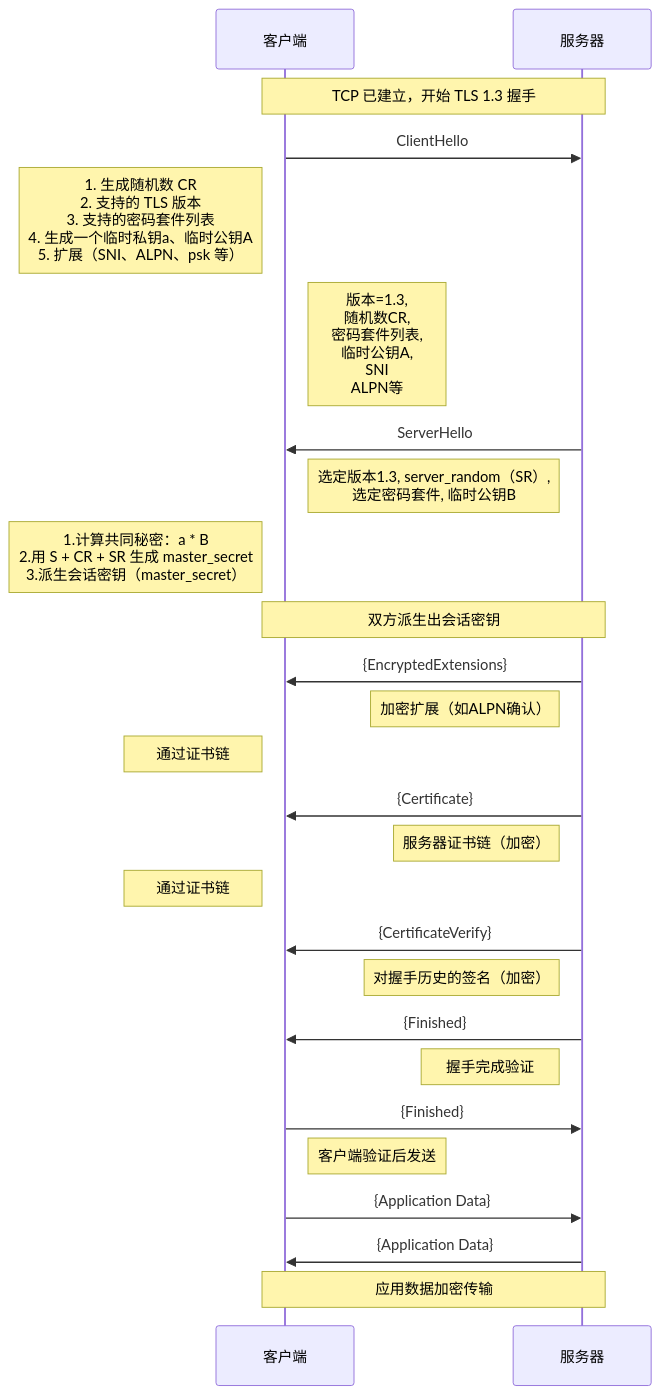
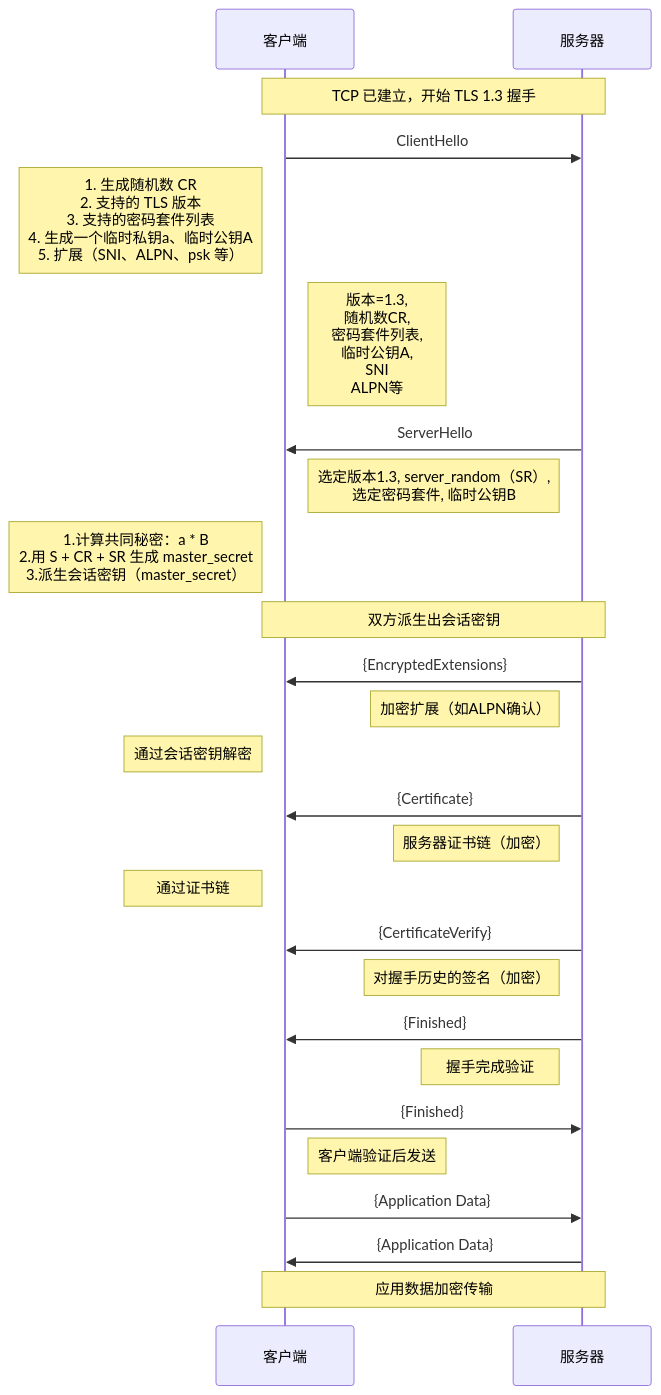
The diagram in all/TLS-1.3-通用.md (HY-10-8/iodraw-files), drawn with Mermaid before and after one commit.

Commit message:
2026-03-30 18:03:41 update

````diff
--- a/all/TLS-1.3-通用.md
+++ b/all/TLS-1.3-通用.md
@@ -1,38 +1,38 @@
 ```mermaid
 sequenceDiagram
     participant C as 客户端
     participant S as 服务器
 
     Note over C,S: TCP 已建立，开始 TLS 1.3 握手
 
     C->>S: ClientHello
     Note left of C: 1. 生成随机数 CR<br/> 2. 支持的 TLS 版本<br/> 3. 支持的密码套件列表<br/> 4. 生成一个临时私钥a、临时公钥A<br/> 5. 扩展（SNI、ALPN、psk 等）
     Note right of C: 版本=1.3,<br/> 随机数CR,<br/> 密码套件列表,<br/> 临时公钥A,<br/> SNI<br/> ALPN等
 
     S->>C: ServerHello
     Note left of S: 选定版本1.3, server_random（SR）,<br/> 选定密码套件, 临时公钥B
     Note left of C: 1.计算共同秘密：a * B<br/> 2.用 S + CR + SR 生成 master_secret<br/> 3.派生会话密钥（master_secret）
 
     Note over C,S: 双方派生出会话密钥
 
     S->>C: {EncryptedExtensions}
     Note left of S: 加密扩展（如ALPN确认）
-    Note left of C: 通过证书链
+    Note left of C: 通过会话密钥解密
 
     S->>C: {Certificate}
     Note left of S: 服务器证书链（加密）
     Note left of C: 通过证书链
 
     S->>C: {CertificateVerify}
     Note left of S: 对握手历史的签名（加密）
 
     S->>C: {Finished}
     Note left of S: 握手完成验证
 
     C->>S: {Finished}
     Note right of C: 客户端验证后发送
 
     C->>S: {Application Data}
     S->>C: {Application Data}
     Note over C,S: 应用数据加密传输
 ```
````
